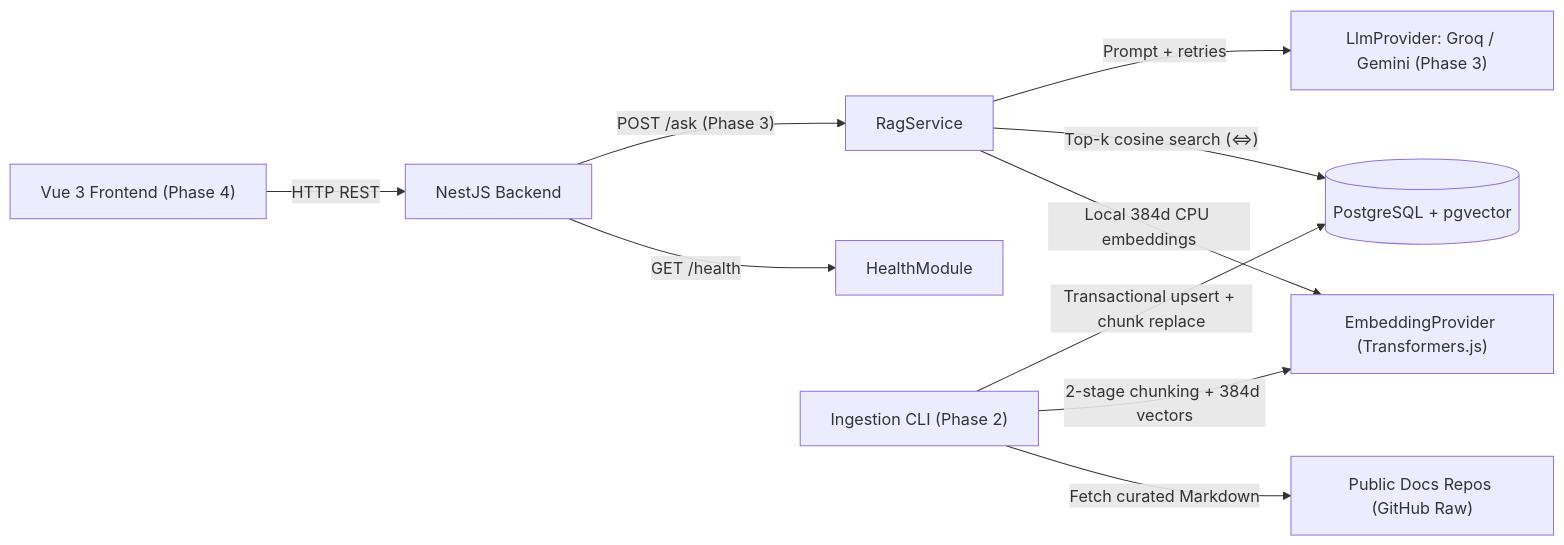
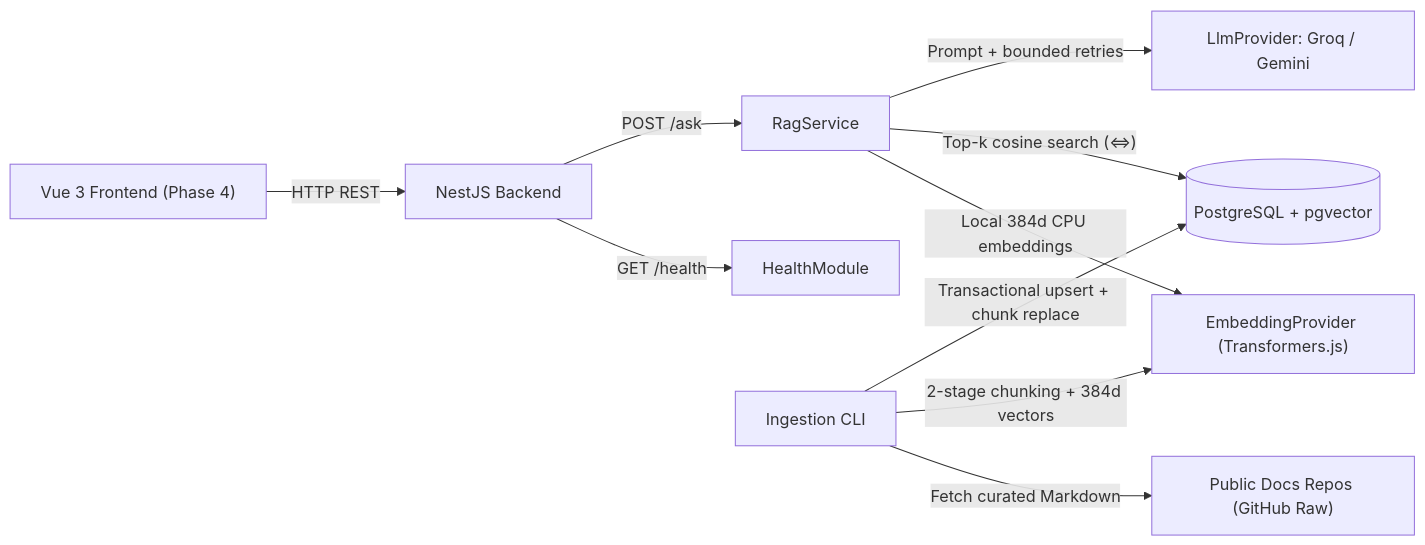
The diagram in README.md (Hatim-Merchant/engirag-engineering-assistant), drawn with Mermaid before and after one commit. The commit also changed other lines of this file and 27 other files, not shown here.

Commit message:
feat(rag): implement pgvector retrieval, Groq LLM provider, and POST /ask API

````diff
--- a/README.md
+++ b/README.md
@@ -32,12 +36,12 @@
 ```mermaid
 flowchart LR
   Client["Vue 3 Frontend (Phase 4)"] -->|"HTTP REST"| API["NestJS Backend"]
   API -->|"GET /health"| Health["HealthModule"]
-  API -->|"POST /ask (Phase 3)"| RAG["RagService"]
+  API -->|"POST /ask"| RAG["RagService"]
   RAG -->|"Local 384d CPU embeddings"| Embeddings["EmbeddingProvider (Transformers.js)"]
   RAG -->|"Top-k cosine search (<=>)"| DB[("PostgreSQL + pgvector")]
-  RAG -->|"Prompt + retries"| LLM["LlmProvider: Groq / Gemini (Phase 3)"]
-  CLI["Ingestion CLI (Phase 2)"] -->|"Fetch curated Markdown"| GitHub["Public Docs Repos (GitHub Raw)"]
+  RAG -->|"Prompt + bounded retries"| LLM["LlmProvider: Groq / Gemini"]
+  CLI["Ingestion CLI"] -->|"Fetch curated Markdown"| GitHub["Public Docs Repos (GitHub Raw)"]
   CLI -->|"2-stage chunking + 384d vectors"| Embeddings
   CLI -->|"Transactional upsert + chunk replace"| DB
 ```
````
